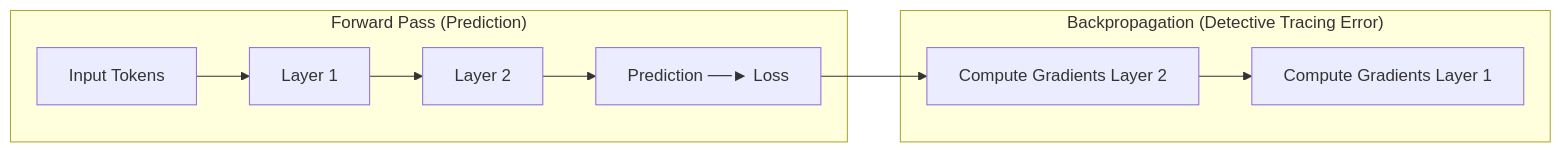
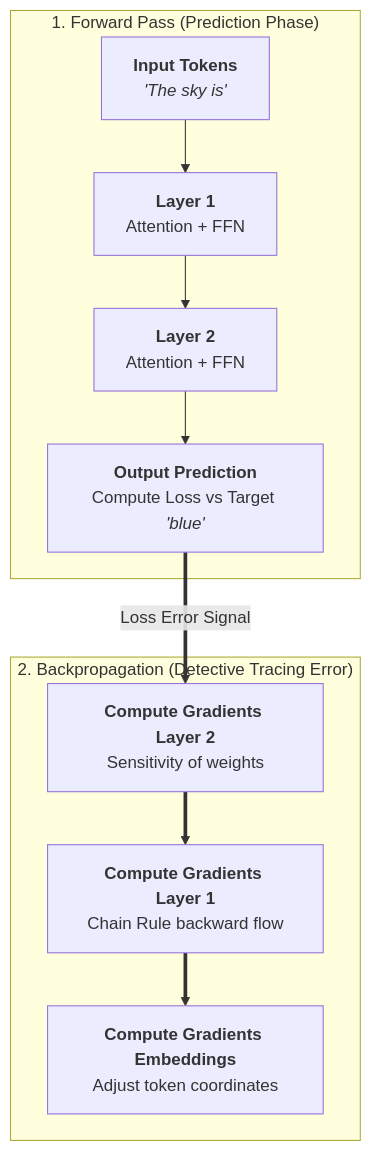
Before and after one commit to Nishant8826/theory-leaning: the first of 2 diagrams in Nameste-AI/Season_01/06_Sharpening_the_Brain.md, drawn with Mermaid. The commit also changed other lines of this file and 7 other files, not shown here.

````diff
--- a/Nameste-AI/Season_01/06_Sharpening_the_Brain.md
+++ b/Nameste-AI/Season_01/06_Sharpening_the_Brain.md
@@ -118,10 +169,14 @@
 ```mermaid
-flowchart LR
-    subgraph FORWARD ["Forward Pass (Prediction)"]
-    A[Input Tokens] --> B[Layer 1] --> C[Layer 2] --> D[Prediction ──► Loss]
+flowchart TD
+    subgraph FORWARD ["1. Forward Pass (Prediction Phase)"]
+    A["<b>Input Tokens</b><br/><i>'The sky is'</i>"] --> B["<b>Layer 1</b><br/>Attention + FFN"]
+    B --> C["<b>Layer 2</b><br/>Attention + FFN"]
+    C --> D["<b>Output Prediction</b><br/>Compute Loss vs Target <i>'blue'</i>"]
     end
     
-    subgraph BACKWARD ["Backpropagation (Detective Tracing Error)"]
-    D --> E[Compute Gradients Layer 2] --> F[Compute Gradients Layer 1]
+    subgraph BACKWARD ["2. Backpropagation (Detective Tracing Error)"]
+    D ==>|"Loss Error Signal"| E["<b>Compute Gradients Layer 2</b><br/>Sensitivity of weights"]
+    E ==> F["<b>Compute Gradients Layer 1</b><br/>Chain Rule backward flow"]
+    F ==> G["<b>Compute Gradients Embeddings</b><br/>Adjust token coordinates"]
     end
 ```
````
